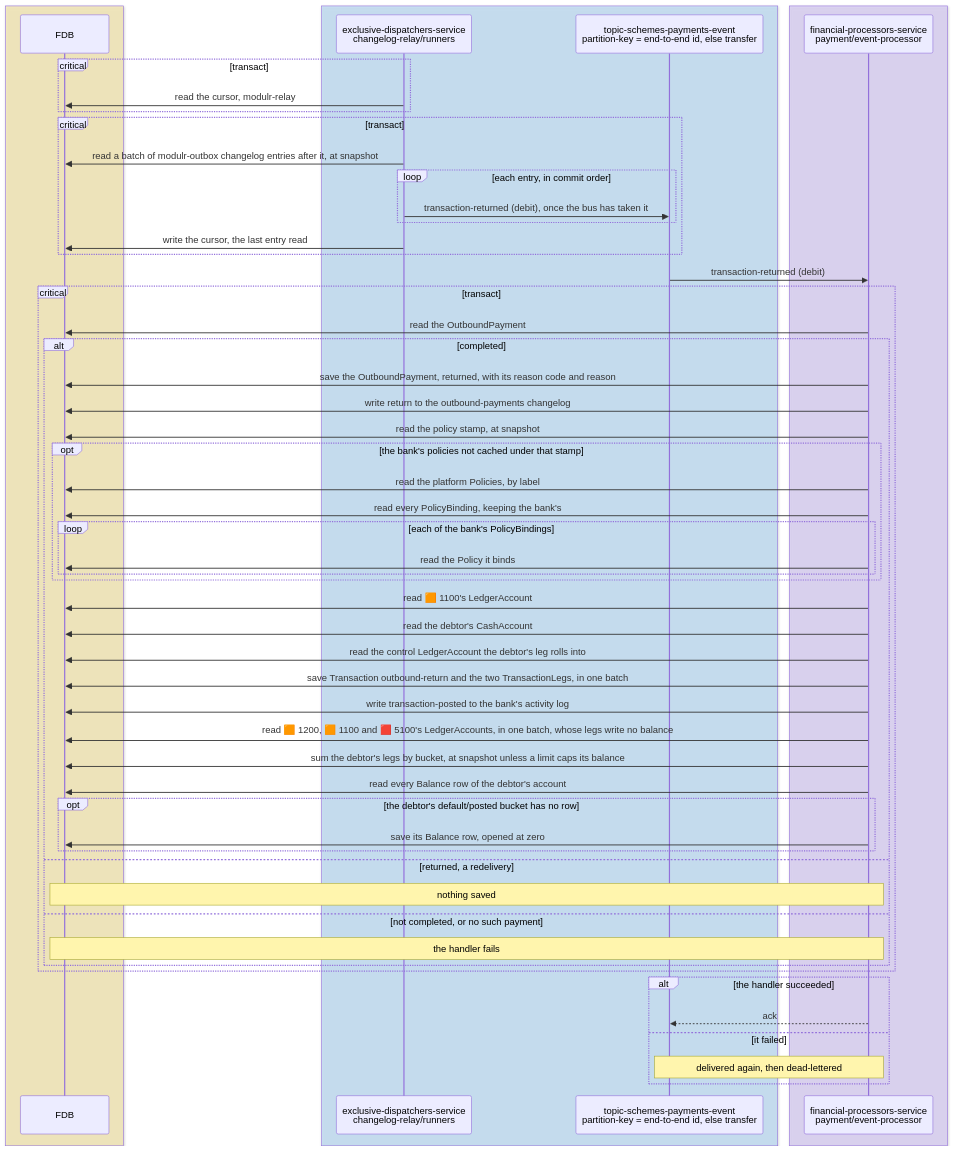
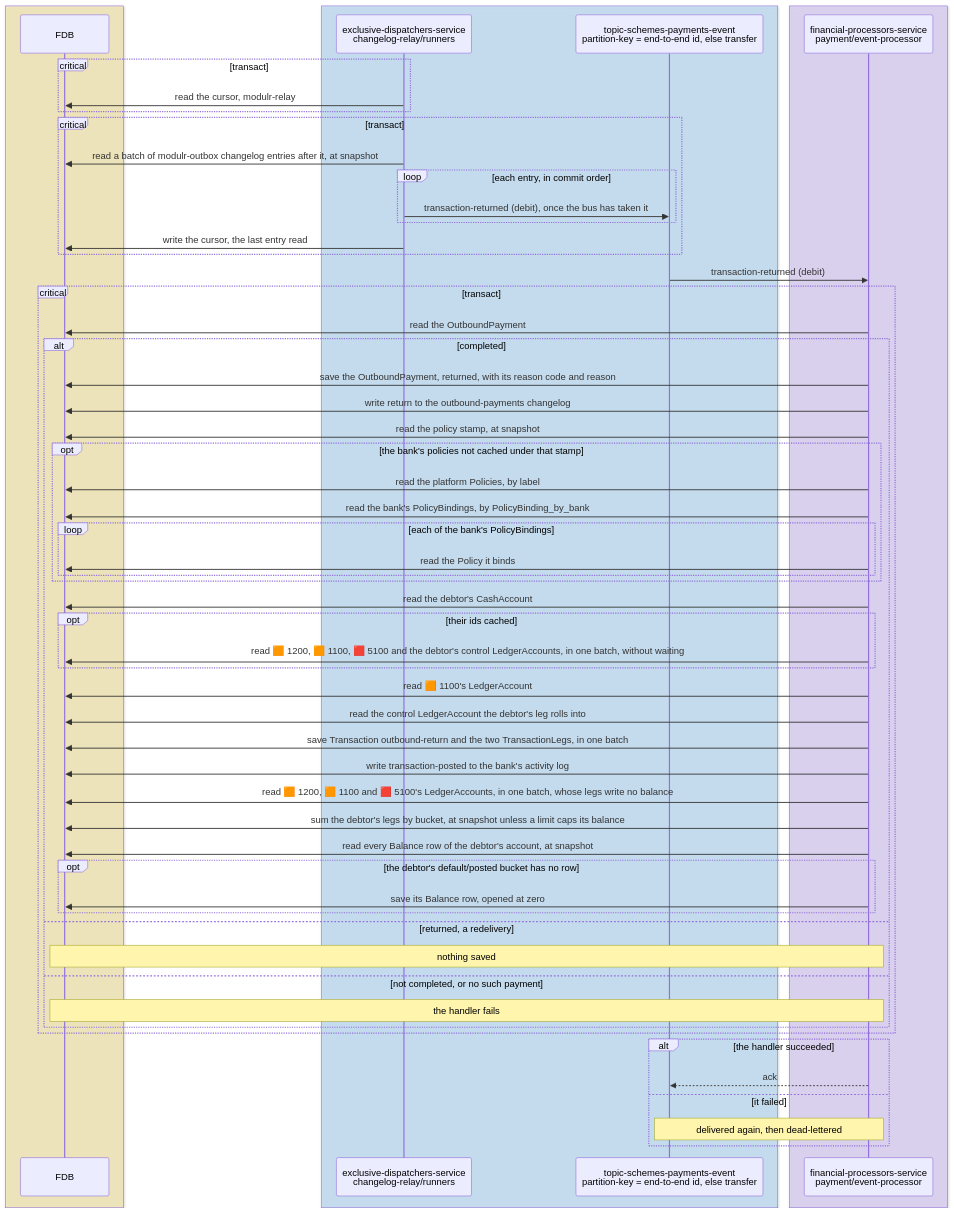
Diagram 15 of 15 in docs/tdd/payments-outbound.md (repldriven/queenswood), drawn with Mermaid before and after one commit. The commit also changed other lines of this file and 2 other files, not shown here.

Commit message:
Draw the payment flows' snapshot row reads, pre-loads, cached bank read, binding index and reconcile outcomes

````diff
--- a/docs/tdd/payments-outbound.md
+++ b/docs/tdd/payments-outbound.md
@@ -871,59 +884,62 @@
 ```mermaid
 sequenceDiagram
     box rgba(255, 236, 153, 0.5)
     participant DB as FDB
     end
     box rgba(165, 216, 255, 0.45)
     participant OR as exclusive-dispatchers-service<br/>changelog-relay/runners
     participant SE as topic-schemes-payments-event<br/>partition-key = end-to-end id, else transfer
     end
     box rgba(208, 191, 255, 0.45)
     participant PE as financial-processors-service<br/>payment/event-processor
     end
     critical transact
     OR->>DB: read the cursor, modulr-relay
     end
     critical transact
     OR->>DB: read a batch of modulr-outbox changelog entries after it, at snapshot
     loop each entry, in commit order
     OR->>SE: transaction-returned (debit), once the bus has taken it
     end
     OR->>DB: write the cursor, the last entry read
     end
     SE->>PE: transaction-returned (debit)
     critical transact
     PE->>DB: read the OutboundPayment
     alt completed
     PE->>DB: save the OutboundPayment, returned, with its reason code and reason
     PE->>DB: write return to the outbound-payments changelog
     PE->>DB: read the policy stamp, at snapshot
     opt the bank's policies not cached under that stamp
     PE->>DB: read the platform Policies, by label
-    PE->>DB: read every PolicyBinding, keeping the bank's
+    PE->>DB: read the bank's PolicyBindings, by PolicyBinding_by_bank
     loop each of the bank's PolicyBindings
     PE->>DB: read the Policy it binds
     end
     end
+    PE->>DB: read the debtor's CashAccount
+    opt their ids cached
+    PE->>DB: read 🟧 1200, 🟧 1100, 🟥 5100 and the debtor's control LedgerAccounts, in one batch, without waiting
+    end
     PE->>DB: read 🟧 1100's LedgerAccount
-    PE->>DB: read the debtor's CashAccount
     PE->>DB: read the control LedgerAccount the debtor's leg rolls into
     PE->>DB: save Transaction outbound-return and the two TransactionLegs, in one batch
     PE->>DB: write transaction-posted to the bank's activity log
     PE->>DB: read 🟧 1200, 🟧 1100 and 🟥 5100's LedgerAccounts, in one batch, whose legs write no balance
     PE->>DB: sum the debtor's legs by bucket, at snapshot unless a limit caps its balance
-    PE->>DB: read every Balance row of the debtor's account
+    PE->>DB: read every Balance row of the debtor's account, at snapshot
     opt the debtor's default/posted bucket has no row
     PE->>DB: save its Balance row, opened at zero
     end
     else returned, a redelivery
     Note over PE,DB: nothing saved
     else not completed, or no such payment
     Note over PE,DB: the handler fails
     end
     end
     alt the handler succeeded
     PE-->>SE: ack
     else it failed
     Note over PE,SE: delivered again, then dead-lettered
     end
 ```
````
